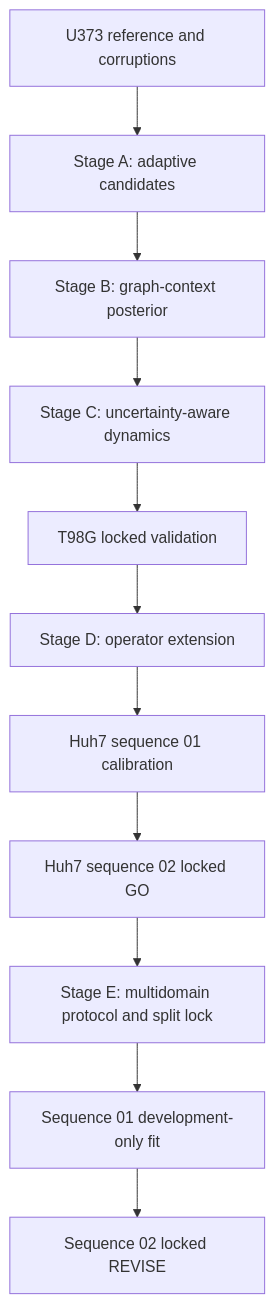
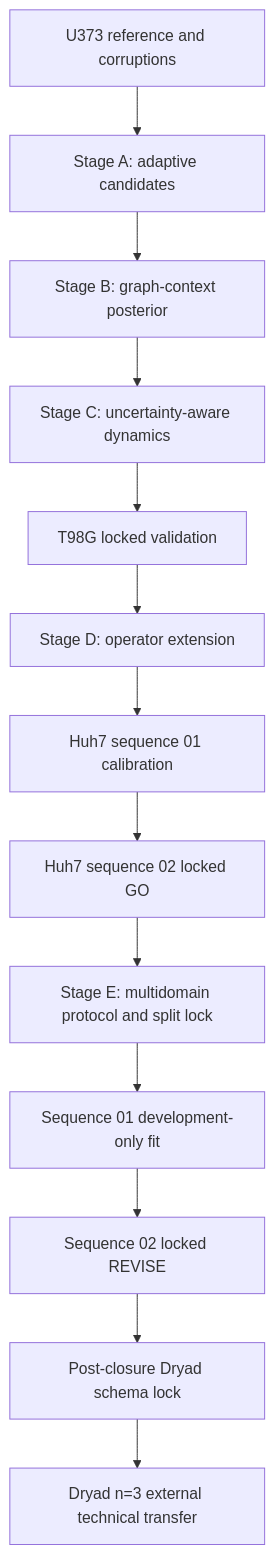
The diagram in README.md (mohamad679/gbm-tracking-uncertainty), drawn with Mermaid before and after one commit. The commit also changed other lines of this file, not shown here.

Commit message:
Update README with completed Dryad external transfer evidence

````diff
--- a/README.md
+++ b/README.md
@@ -55,13 +52,15 @@
 ```mermaid
 flowchart TD
     A[U373 reference and corruptions] --> B[Stage A: adaptive candidates]
     B --> C[Stage B: graph-context posterior]
     C --> D[Stage C: uncertainty-aware dynamics]
     D --> E[T98G locked validation]
     E --> F[Stage D: operator extension]
     F --> G[Huh7 sequence 01 calibration]
     G --> H[Huh7 sequence 02 locked GO]
     H --> I[Stage E: multidomain protocol and split lock]
     I --> J[Sequence 01 development-only fit]
     J --> K[Sequence 02 locked REVISE]
+    K --> L[Post-closure Dryad schema lock]
+    L --> M[Dryad n=3 external technical transfer]
 ```
````
